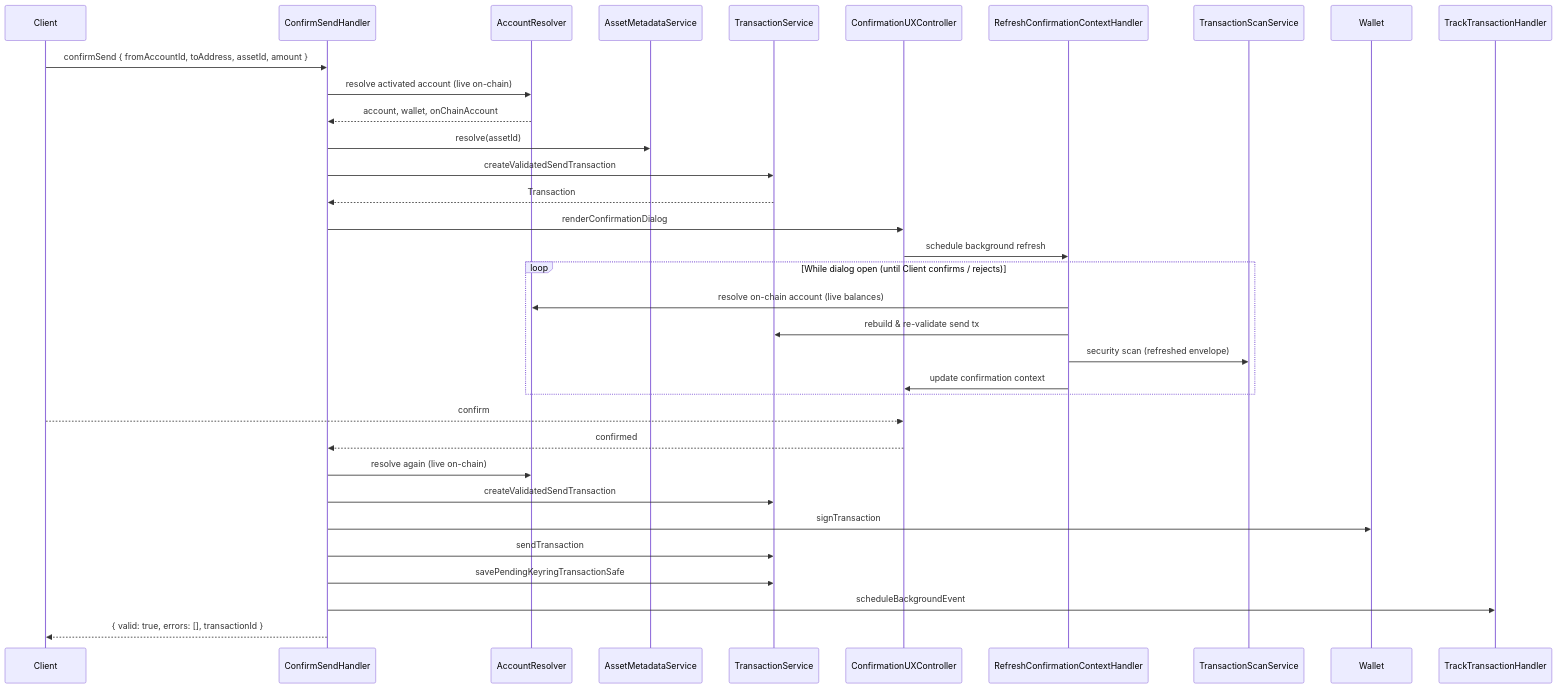
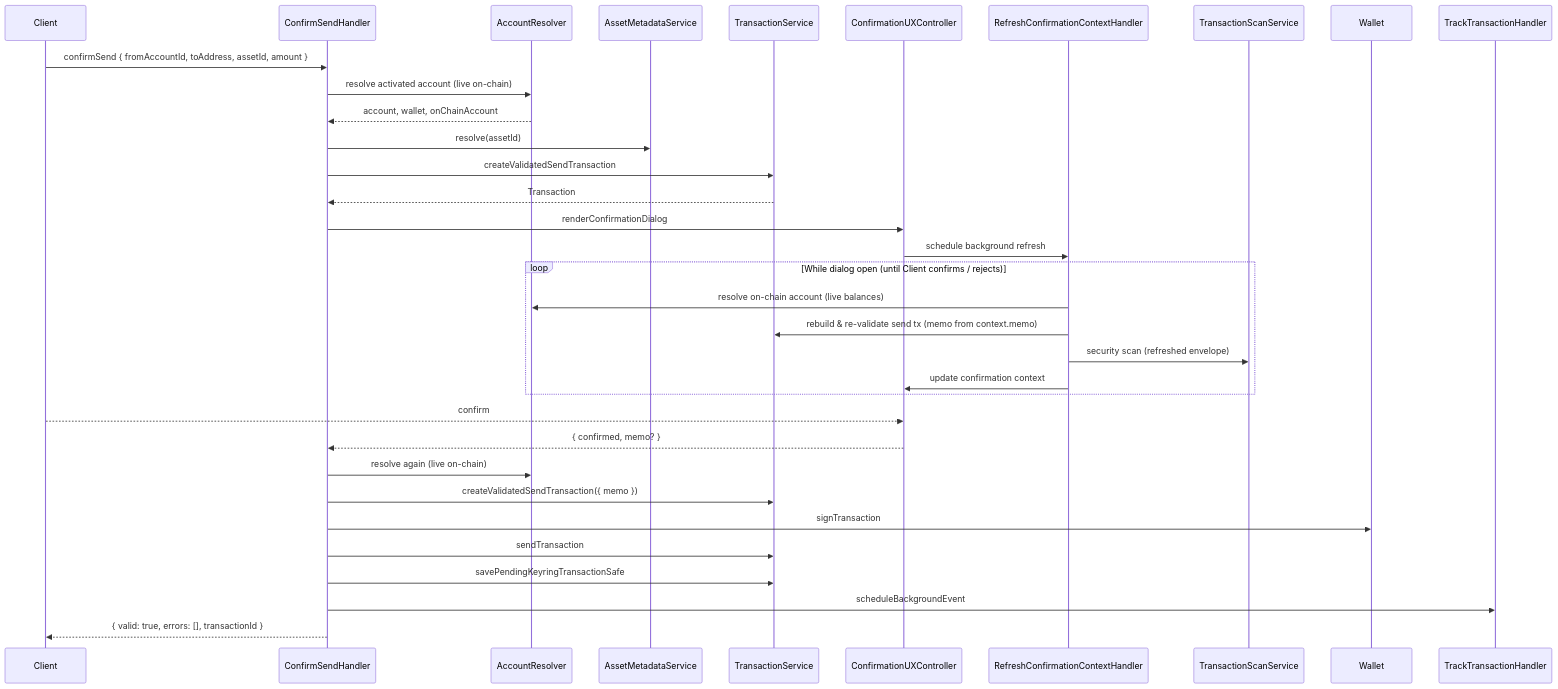
One commit to MetaMask/internal-snaps changed the diagram in packages/stellar-wallet-snap/docs/use-cases/client-request/confirmSend.md. Above: the diagram before and after it, drawn with Mermaid. The commit also changed other lines of this file and 23 other files, not shown here.

Commit message:
feat: implement recoverable memo editing for Stellar send confirmations

````diff
--- a/packages/stellar-wallet-snap/docs/use-cases/client-request/confirmSend.md
+++ b/packages/stellar-wallet-snap/docs/use-cases/client-request/confirmSend.md
@@ -61,39 +65,39 @@
 ```mermaid
 sequenceDiagram
   participant Client
   participant Handler as ConfirmSendHandler
   participant Resolver as AccountResolver
   participant Meta as AssetMetadataService
   participant Tx as TransactionService
   participant UI as ConfirmationUXController
   participant Refresh as RefreshConfirmationContextHandler
   participant Scan as TransactionScanService
   participant Wallet
   participant Track as TrackTransactionHandler
 
   Client->>Handler: confirmSend { fromAccountId, toAddress, assetId, amount }
   Handler->>Resolver: resolve activated account (live on-chain)
   Resolver-->>Handler: account, wallet, onChainAccount
   Handler->>Meta: resolve(assetId)
   Handler->>Tx: createValidatedSendTransaction
   Tx-->>Handler: Transaction
   Handler->>UI: renderConfirmationDialog
   UI->>Refresh: schedule background refresh
 
   loop While dialog open (until Client confirms / rejects)
     Refresh->>Resolver: resolve on-chain account (live balances)
-    Refresh->>Tx: rebuild & re-validate send tx
+    Refresh->>Tx: rebuild & re-validate send tx (memo from context.memo)
     Refresh->>Scan: security scan (refreshed envelope)
     Refresh->>UI: update confirmation context
   end
 
   Client-->>UI: confirm
-  UI-->>Handler: confirmed
+  UI-->>Handler: { confirmed, memo? }
   Handler->>Resolver: resolve again (live on-chain)
-  Handler->>Tx: createValidatedSendTransaction
+  Handler->>Tx: createValidatedSendTransaction({ memo })
   Handler->>Wallet: signTransaction
   Handler->>Tx: sendTransaction
   Handler->>Tx: savePendingKeyringTransactionSafe
   Handler->>Track: scheduleBackgroundEvent
   Handler-->>Client: { valid: true, errors: [], transactionId }
 ```
````
